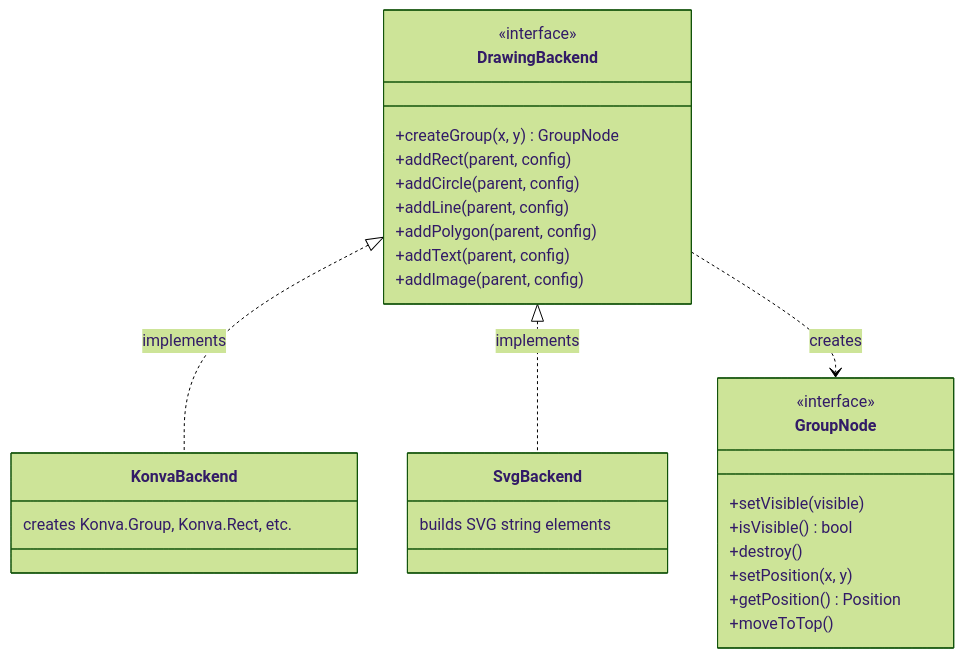
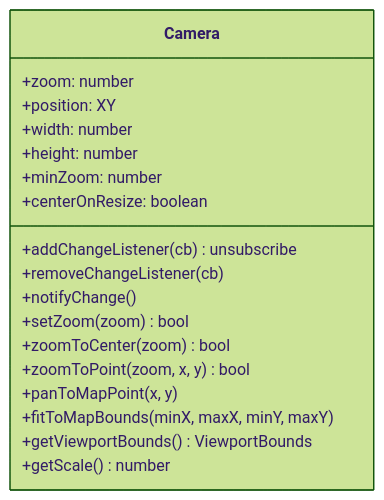
One commit to Delwing/mudlet-map-renderer changed the seventh of 12 diagrams in docs/architecture.md. Above: the diagram before and after it, drawn with Mermaid (forest theme). The commit also changed other lines of this file, not shown here.

Commit message:
Update architecture.md to reflect unified renderer refactor

````diff
--- a/docs/architecture.md
+++ b/docs/architecture.md
@@ -218,35 +227,21 @@
 ```mermaid
 classDiagram
-    class DrawingBackend {
-        <<interface>>
-        +createGroup(x, y) GroupNode
-        +addRect(parent, config)
-        +addCircle(parent, config)
-        +addLine(parent, config)
-        +addPolygon(parent, config)
-        +addText(parent, config)
-        +addImage(parent, config)
+    class Camera {
+        +zoom: number
+        +position: XY
+        +width: number
+        +height: number
+        +minZoom: number
+        +centerOnResize: boolean
+        +addChangeListener(cb) unsubscribe
+        +removeChangeListener(cb)
+        +notifyChange()
+        +setZoom(zoom) bool
+        +zoomToCenter(zoom) bool
+        +zoomToPoint(zoom, x, y) bool
+        +panToMapPoint(x, y)
+        +fitToMapBounds(minX, maxX, minY, maxY)
+        +getViewportBounds() ViewportBounds
+        +getScale() number
     }
-
-    class GroupNode {
-        <<interface>>
-        +setVisible(visible)
-        +isVisible() bool
-        +destroy()
-        +setPosition(x, y)
-        +getPosition() Position
-        +moveToTop()
-    }
-
-    class KonvaBackend {
-        creates Konva.Group, Konva.Rect, etc.
-    }
-
-    class SvgBackend {
-        builds SVG string elements
-    }
-
-    DrawingBackend <|.. KonvaBackend : implements
-    DrawingBackend <|.. SvgBackend : implements
-    DrawingBackend ..> GroupNode : creates
 ```
````
